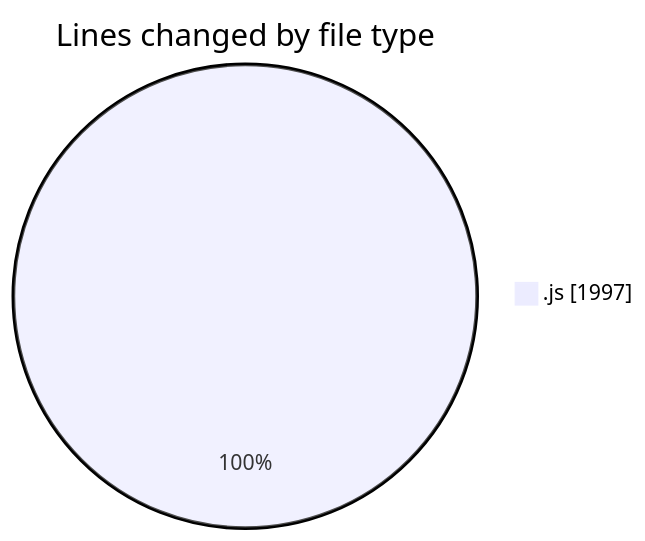
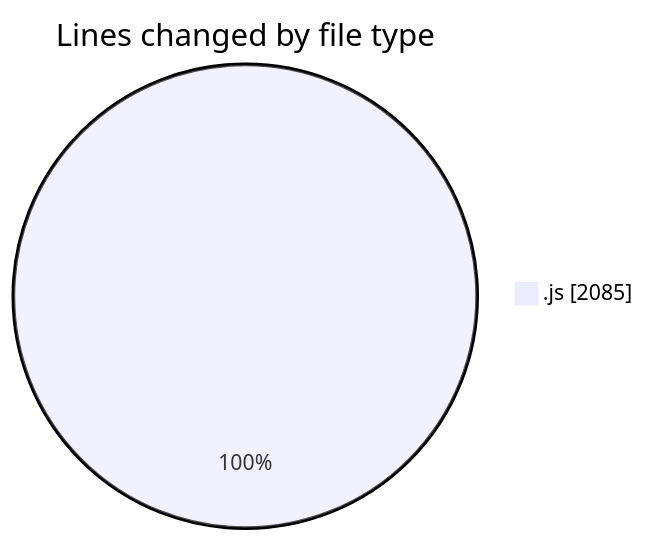
The first of 2 diagrams in 2025-04-03/jsvms/README.md (BS-eng2023/code-tracking), drawn with Mermaid before and after one commit. The commit also changed other lines of this file and 1 other file, not shown here.

````diff
--- a/2025-04-03/jsvms/README.md
+++ b/2025-04-03/jsvms/README.md
@@ -31,5 +32,5 @@
 ```mermaid
 pie showData
 title Lines changed by file type
-".js" : 1997
+".js" : 2085
 ```
````
